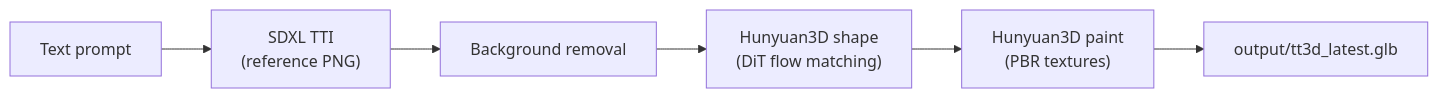
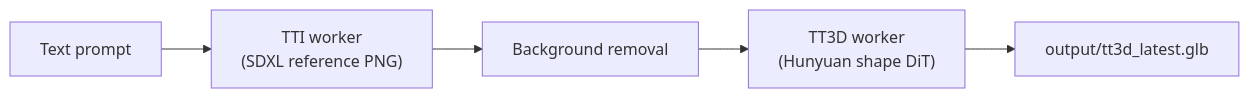
Before and after one commit to vecnode/agent-sequencer-app: the second of 2 diagrams in README.md, drawn with Mermaid. The commit also changed other lines of this file and 30 other files, not shown here.

First line of the commit message:
Add worker microservices, shape-only TT3D, and uv-only installs.

````diff
--- a/README.md
+++ b/README.md
@@ -195,8 +201,7 @@
 ```mermaid
 flowchart LR
-    Prompt["Text prompt"] --> TTI["SDXL TTI\n(reference PNG)"]
+    Prompt["Text prompt"] --> TTI["TTI worker\n(SDXL reference PNG)"]
     TTI --> RemBG["Background removal"]
-    RemBG --> Shape["Hunyuan3D shape\n(DiT flow matching)"]
-    Shape --> Paint["Hunyuan3D paint\n(PBR textures)"]
-    Paint --> GLB["output/tt3d_latest.glb"]
+    RemBG --> Shape["TT3D worker\n(Hunyuan shape DiT)"]
+    Shape --> GLB["output/tt3d_latest.glb"]
 ```
````
